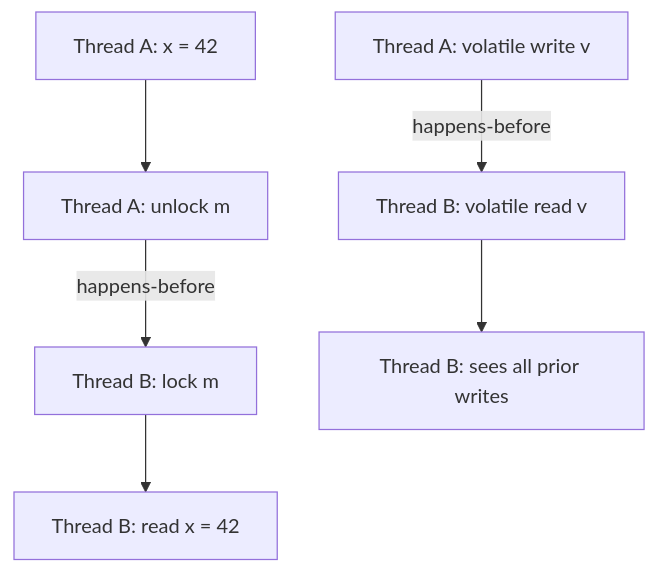
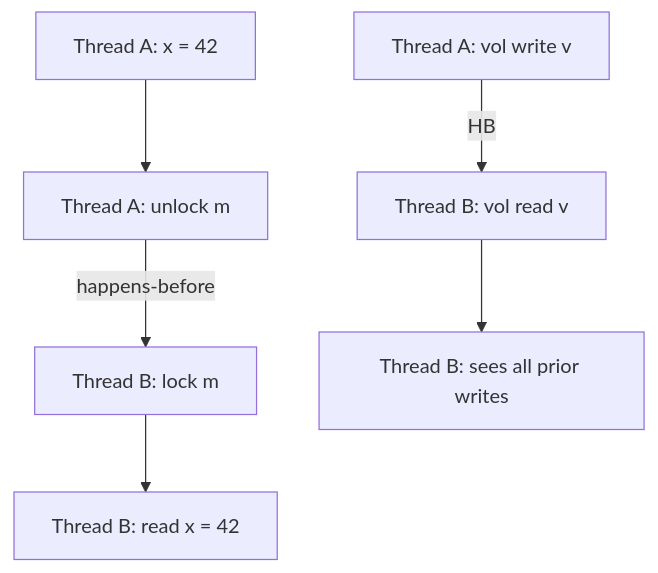
One commit to shivakrishnak/sk-bytes changed diagram 17 of 24 in learn/java-concurrency/Java Concurrency - Architecture and META.md. Above: the diagram before and after it, drawn with Mermaid. The commit also changed other lines of this file and 4 other files, not shown here.

````diff
--- a/learn/java-concurrency/Java Concurrency - Architecture and META.md
+++ b/learn/java-concurrency/Java Concurrency - Architecture and META.md
@@ -2198,8 +2227,8 @@
 ```mermaid
 flowchart TD
     A[Thread A: x = 42] --> B[Thread A: unlock m]
     B -->|happens-before| C[Thread B: lock m]
     C --> D[Thread B: read x = 42]
-    E[Thread A: volatile write v] -->|happens-before| F[Thread B: volatile read v]
+    E[Thread A: vol write v] -->|HB| F[Thread B: vol read v]
     F --> G[Thread B: sees all prior writes]
 ```
````
